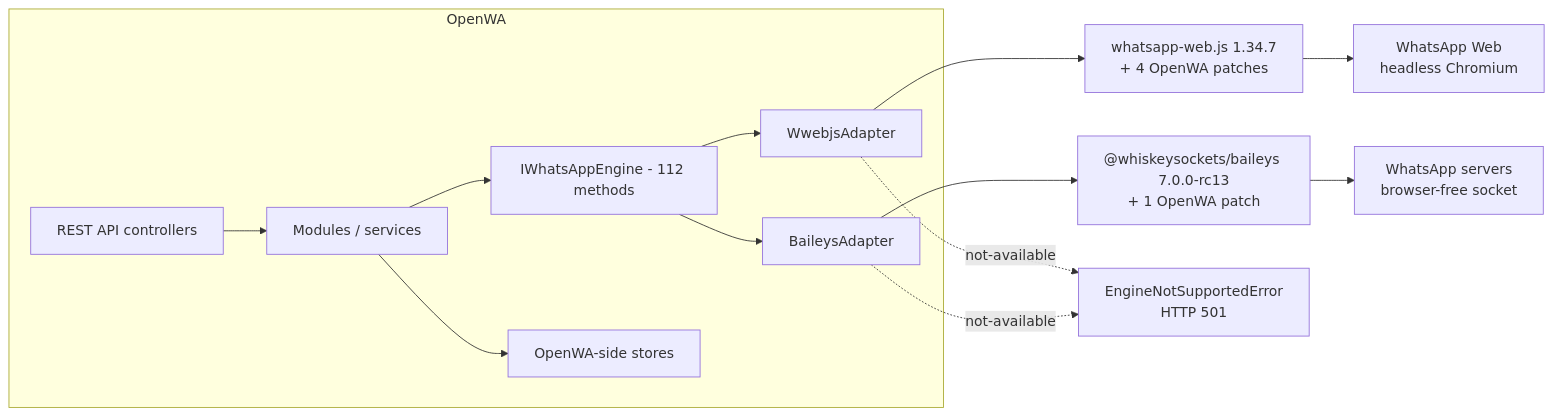
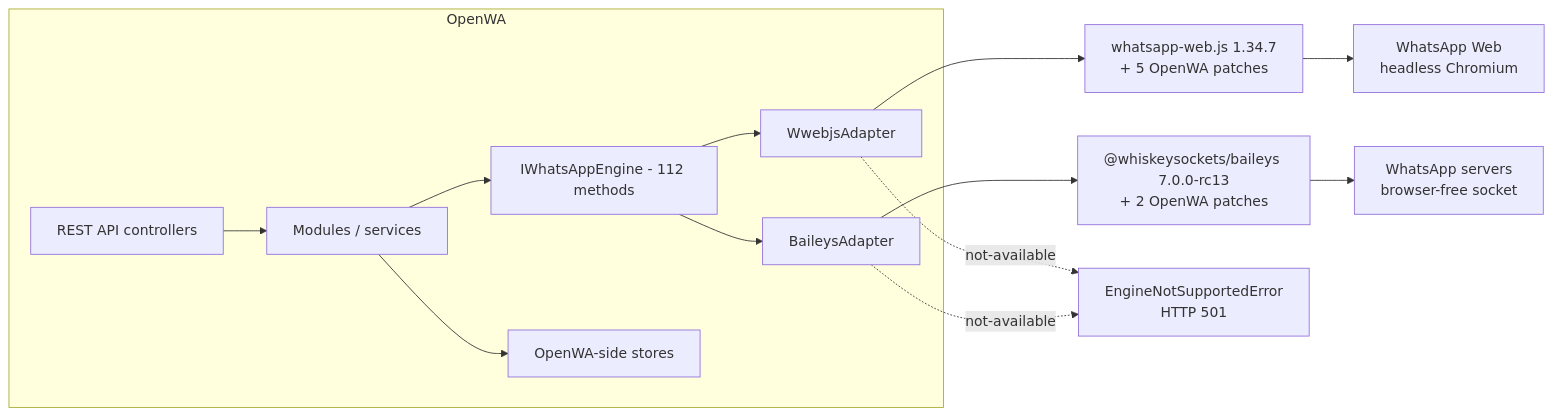
One commit to nourayman21k/OpenWA changed the first of 2 diagrams in docs/29-engine-capability-matrix.md. Above: the diagram before and after it, drawn with Mermaid. The commit also changed other lines of this file and 4 other files, not shown here.

````diff
--- a/docs/29-engine-capability-matrix.md
+++ b/docs/29-engine-capability-matrix.md
@@ -42,16 +42,16 @@
 ```mermaid
 flowchart LR
     subgraph OpenWA["OpenWA"]
         API["REST API controllers"] --> SVC["Modules / services"]
         SVC --> IF["IWhatsAppEngine - 112 methods"]
         IF --> WA["WwebjsAdapter"]
         IF --> BA["BaileysAdapter"]
         SVC --> STORE["OpenWA-side stores"]
     end
-    WA --> WLIB["whatsapp-web.js 1.34.7<br/>+ 4 OpenWA patches"]
-    BA --> BLIB["@whiskeysockets/baileys 7.0.0-rc13<br/>+ 1 OpenWA patch"]
+    WA --> WLIB["whatsapp-web.js 1.34.7<br/>+ 5 OpenWA patches"]
+    BA --> BLIB["@whiskeysockets/baileys 7.0.0-rc13<br/>+ 2 OpenWA patches"]
     WLIB --> WEB["WhatsApp Web<br/>headless Chromium"]
     BLIB --> WAS["WhatsApp servers<br/>browser-free socket"]
     WA -.->|"not-available"| E["EngineNotSupportedError<br/>HTTP 501"]
     BA -.->|"not-available"| E
 ```
````
